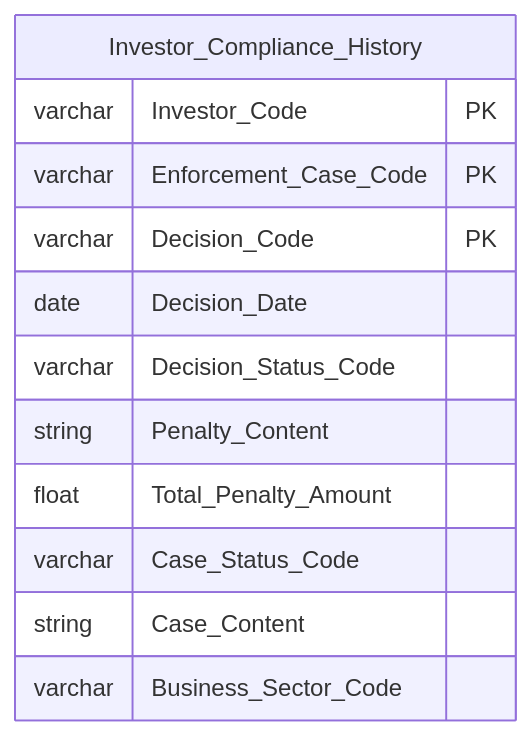
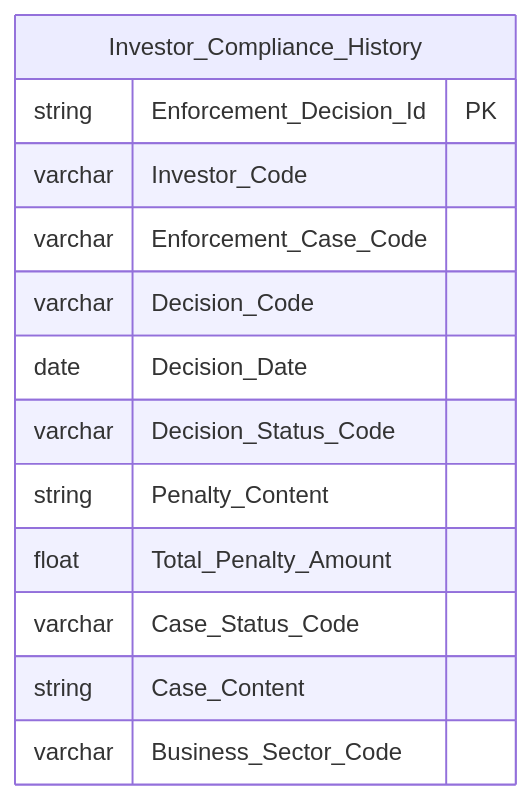
Diagram 28 of 34 in Datamart/hld/DTM_NDTNN_HLD.md (linhlvit/ubck_atomic_design), drawn with Mermaid before and after one commit. The commit also changed other lines of this file and 10 other files, not shown here.

````diff
--- a/Datamart/hld/DTM_NDTNN_HLD.md
+++ b/Datamart/hld/DTM_NDTNN_HLD.md
@@ -1259,15 +1227,16 @@
 ```mermaid
 erDiagram
     Investor_Compliance_History {
-        varchar Investor_Code PK
-        varchar Enforcement_Case_Code PK
-        varchar Decision_Code PK
+        string Enforcement_Decision_Id PK
+        varchar Investor_Code
+        varchar Enforcement_Case_Code
+        varchar Decision_Code
         date Decision_Date
         varchar Decision_Status_Code
         string Penalty_Content
         float Total_Penalty_Amount
         varchar Case_Status_Code
         string Case_Content
         varchar Business_Sector_Code
     }
 ```
````
